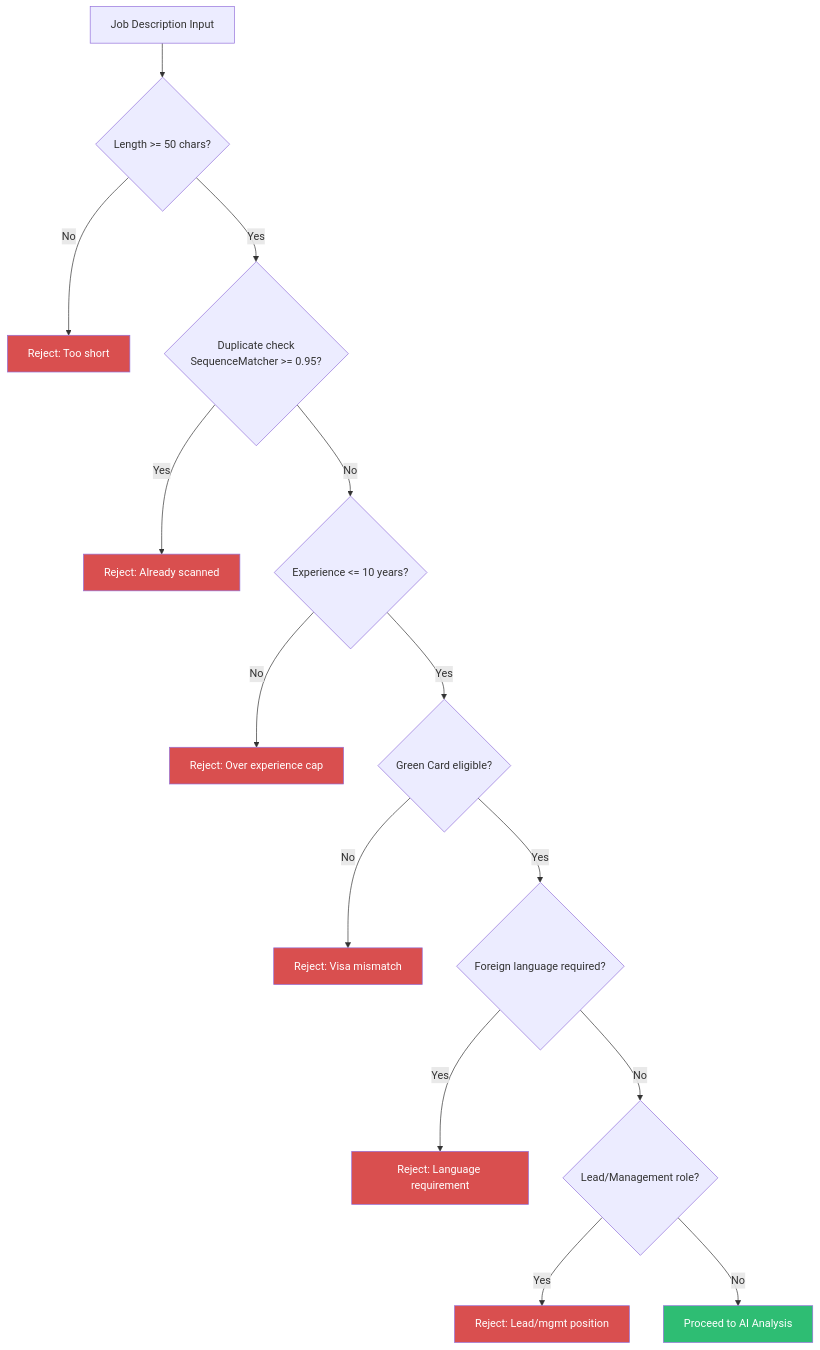
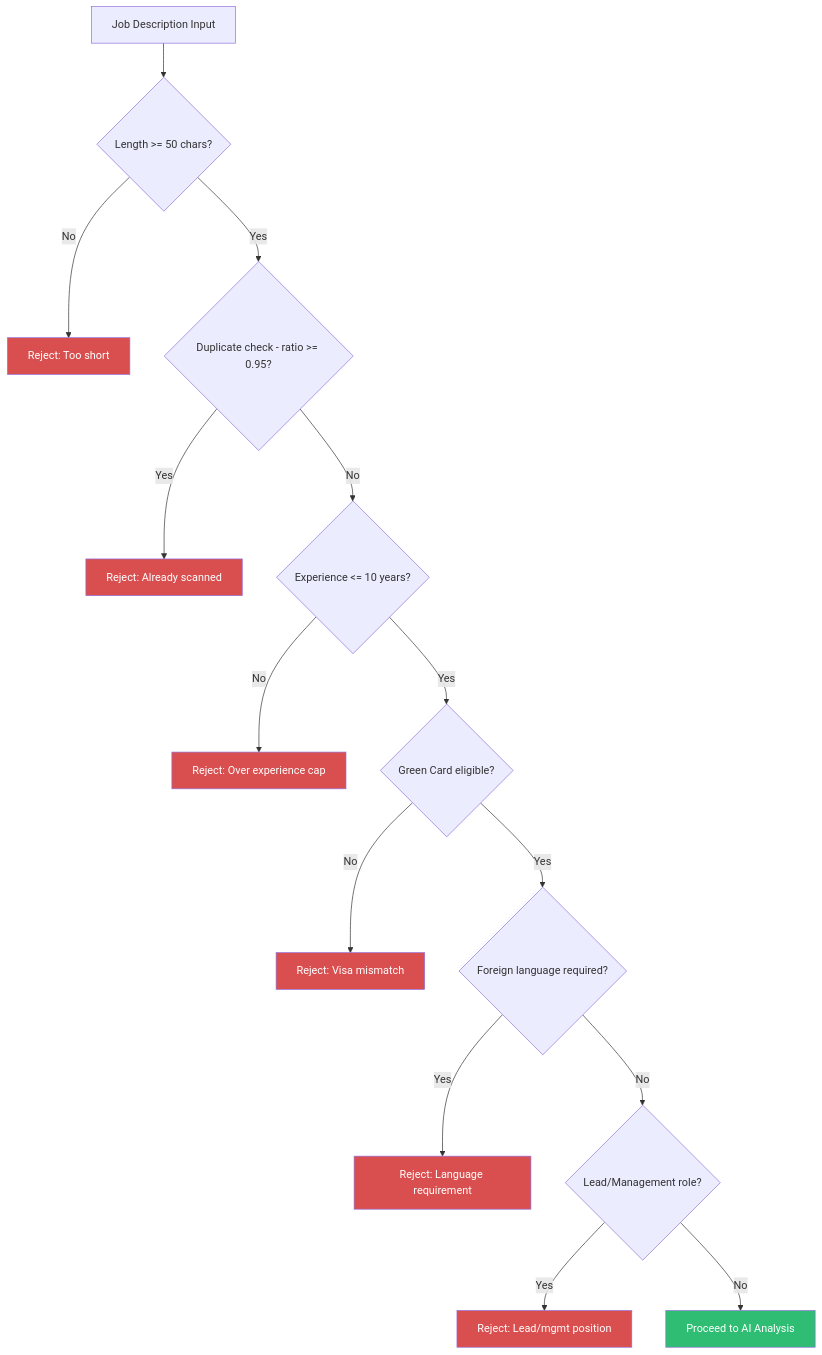
One commit to tejamahesh1433/job-trailerd-resume changed the fourth of 4 diagrams in docx/Backend_Architecture.md. Above: the diagram before and after it, drawn with Mermaid. The commit also changed 3 other files, not shown here.

Commit message:
docs: add architecture and data flow documentation for backend and frontend systems

````diff
--- a/docx/Backend_Architecture.md
+++ b/docx/Backend_Architecture.md
@@ -259,24 +259,24 @@
 ```mermaid
 flowchart TD
     JD["Job Description Input"] --> LEN{"Length >= 50 chars?"}
     LEN -->|No| SKIP1["Reject: Too short"]
-    LEN -->|Yes| DUP{"Duplicate check<br/>SequenceMatcher >= 0.95?"}
+    LEN -->|Yes| DUP{"Duplicate check - ratio >= 0.95?"}
     DUP -->|Yes| SKIP2["Reject: Already scanned"]
     DUP -->|No| EXP{"Experience <= 10 years?"}
     EXP -->|No| SKIP3["Reject: Over experience cap"]
     EXP -->|Yes| VISA{"Green Card eligible?"}
     VISA -->|No| SKIP4["Reject: Visa mismatch"]
     VISA -->|Yes| LANG{"Foreign language required?"}
     LANG -->|Yes| SKIP5["Reject: Language requirement"]
     LANG -->|No| LEAD{"Lead/Management role?"}
     LEAD -->|Yes| SKIP6["Reject: Lead/mgmt position"]
     LEAD -->|No| AI["Proceed to AI Analysis"]
 
     style SKIP1 fill:#d94f4f,color:#fff
     style SKIP2 fill:#d94f4f,color:#fff
     style SKIP3 fill:#d94f4f,color:#fff
     style SKIP4 fill:#d94f4f,color:#fff
     style SKIP5 fill:#d94f4f,color:#fff
     style SKIP6 fill:#d94f4f,color:#fff
     style AI fill:#2ebd73,color:#fff
 ```
````
